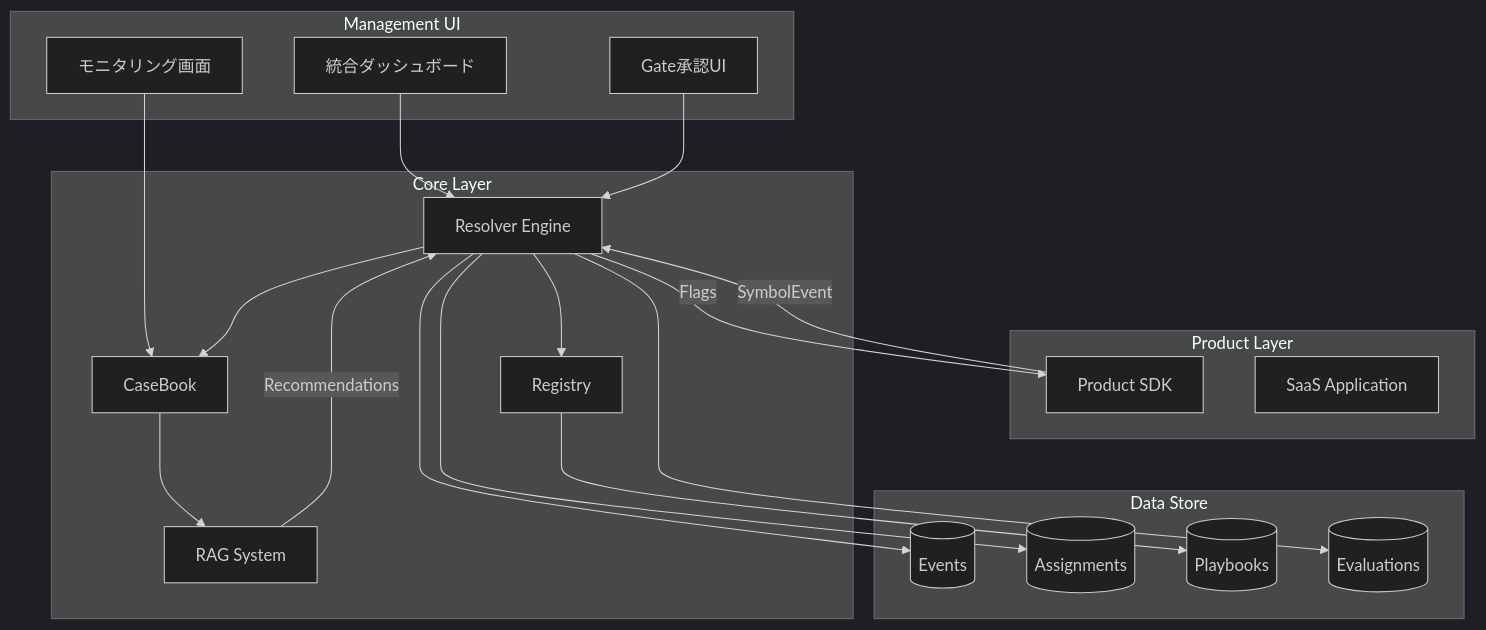
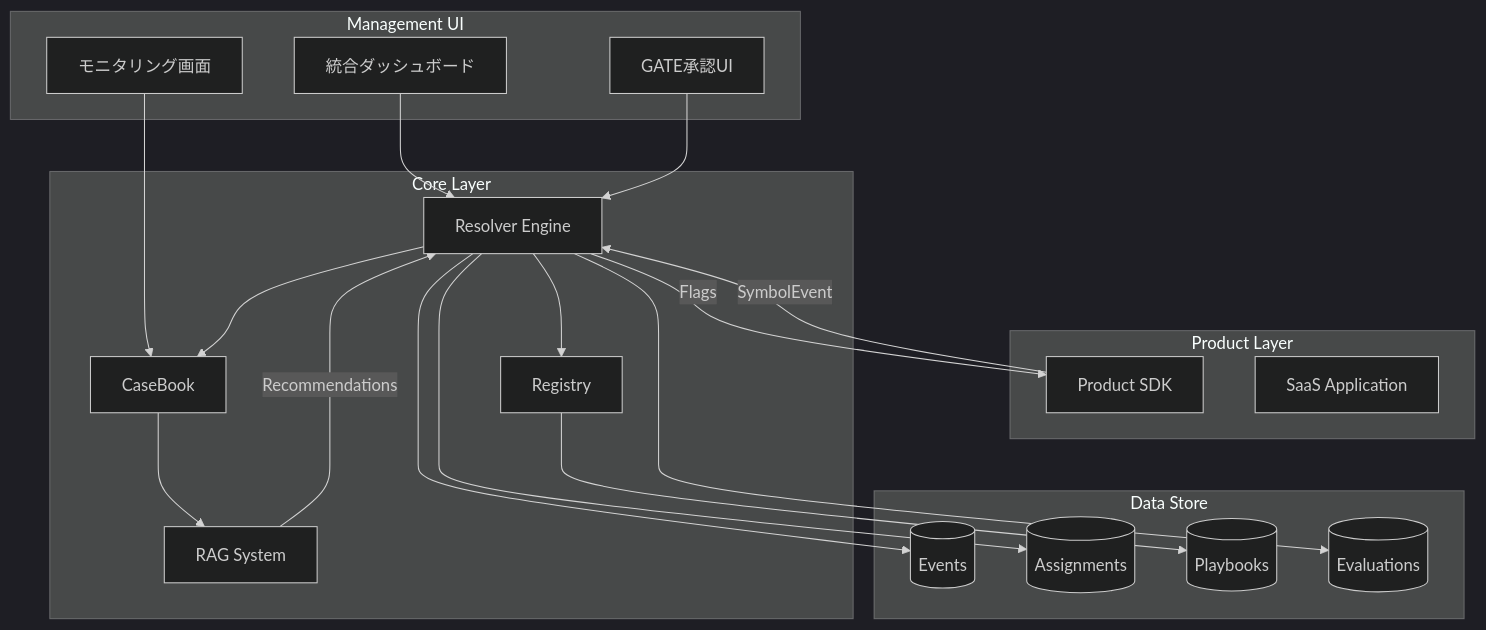
Before and after one commit to Unson-LLC/unson_os: the diagram in docs/for-developers/core-system/03-backend-design/data-driven-core.md, drawn with Mermaid (dark theme). The commit also changed other lines of this file and 151 other files, not shown here.

````diff
--- a/docs/for-developers/core-system/03-backend-design/data-driven-core.md
+++ b/docs/for-developers/core-system/03-backend-design/data-driven-core.md
@@ -50,43 +50,43 @@
 ```mermaid
 graph TB
     subgraph Management UI
         Dashboard[統合ダッシュボード]
-        GateUI[Gate承認UI]
+        GateUI[GATE承認UI]
         Monitor[モニタリング画面]
     end
     
     subgraph Product Layer
         SDK[Product SDK]
         App[SaaS Application]
     end
     
     subgraph Core Layer
         Resolver[Resolver Engine]
         Registry[Registry]
         CaseBook[CaseBook]
         RAG[RAG System]
     end
     
     subgraph Data Store
         Events[(Events)]
         Assignments[(Assignments)]
         Playbooks[(Playbooks)]
         Evaluations[(Evaluations)]
     end
     
     Dashboard --> Resolver
     GateUI --> Resolver
     Monitor --> CaseBook
     
     SDK -->|SymbolEvent| Resolver
     Resolver -->|Flags| SDK
     Resolver --> Registry
     Resolver --> CaseBook
     CaseBook --> RAG
     RAG -->|Recommendations| Resolver
     
     Resolver --> Events
     Resolver --> Assignments
     Registry --> Playbooks
     Resolver --> Evaluations
 ```
````
